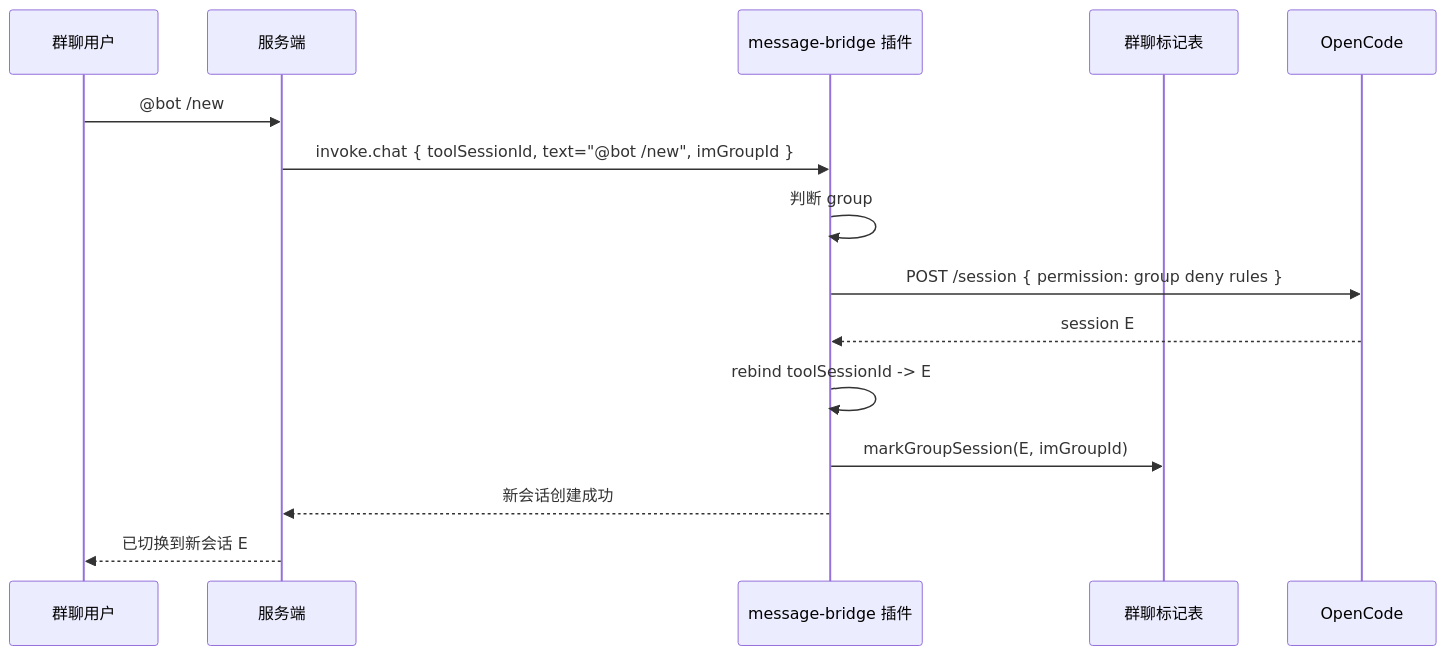
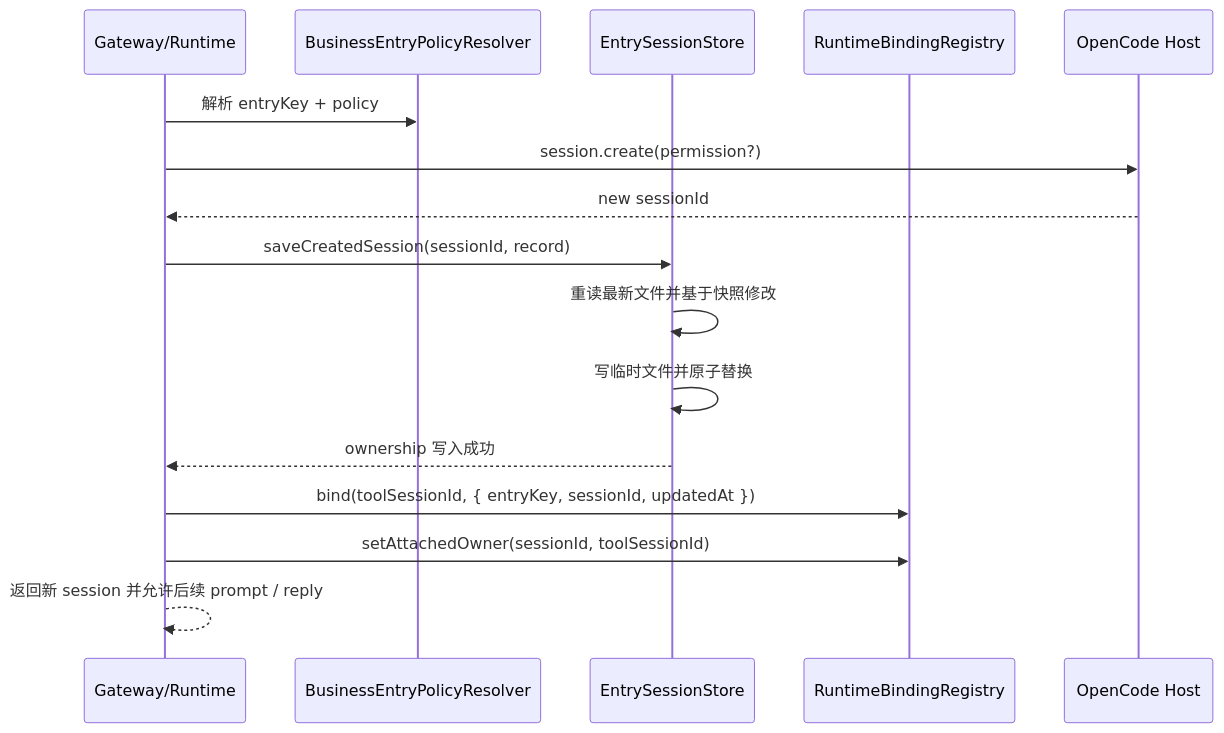
Before and after one commit to yuzhangCZ/agent-plugin: the tenth of 18 diagrams in docs/design/message-bridge-opencode-session-isolation-solution.md, drawn with Mermaid. The commit also changed other lines of this file and 1 other file, not shown here.

Commit message:
docs(message-bridge): 补齐 opencode 会话隔离设计与控制面接口

````diff
--- a/docs/design/message-bridge-opencode-session-isolation-solution.md
+++ b/docs/design/message-bridge-opencode-session-isolation-solution.md
@@ -481,18 +834,19 @@
 ```mermaid
 sequenceDiagram
-  participant User as 群聊用户
-  participant Server as 服务端
-  participant Plugin as message-bridge 插件
-  participant Mark as 群聊标记表
-  participant OpenCode as OpenCode
+  participant Gateway as Gateway/Runtime
+  participant Policy as BusinessEntryPolicyResolver
+  participant Store as EntrySessionStore
+  participant Binding as RuntimeBindingRegistry
+  participant Host as OpenCode Host
 
-  User->>Server: @bot /new
-  Server->>Plugin: invoke.chat { toolSessionId, text="@bot /new", imGroupId }
-  Plugin->>Plugin: 判断 group
-  Plugin->>OpenCode: POST /session { permission: group deny rules }
-  OpenCode-->>Plugin: session E
-  Plugin->>Plugin: rebind toolSessionId -> E
-  Plugin->>Mark: markGroupSession(E, imGroupId)
-  Plugin-->>Server: 新会话创建成功
-  Server-->>User: 已切换到新会话 E
+  Gateway->>Policy: 解析 entryKey + policy
+  Gateway->>Host: session.create(permission?)
+  Host-->>Gateway: new sessionId
+  Gateway->>Store: saveCreatedSession(sessionId, record)
+  Store->>Store: 重读最新文件并基于快照修改
+  Store->>Store: 写临时文件并原子替换
+  Store-->>Gateway: ownership 写入成功
+  Gateway->>Binding: bind(toolSessionId, { entryKey, sessionId, updatedAt })
+  Gateway->>Binding: setAttachedOwner(sessionId, toolSessionId)
+  Gateway-->>Gateway: 返回新 session 并允许后续 prompt / reply
 ```
````
